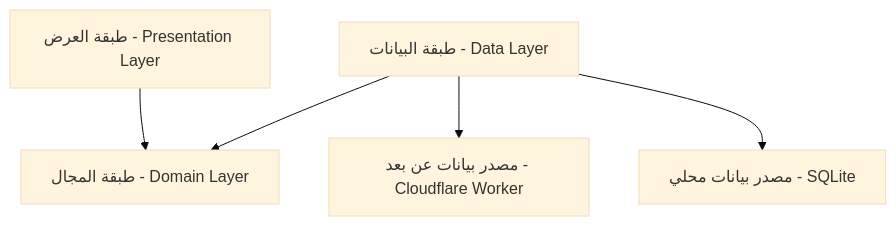
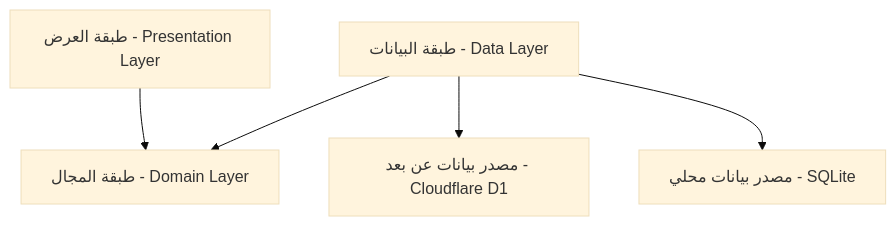
The diagram in memory-bank/systemPatterns.md (MLotfy88/MediSwitch-Final), drawn with Mermaid (base theme) before and after one commit. The commit also changed other lines of this file and 56 other files, not shown here.

````diff
--- a/memory-bank/systemPatterns.md
+++ b/memory-bank/systemPatterns.md
@@ -7,7 +7,7 @@
 ```mermaid
 graph TD
     UI[طبقة العرض - Presentation Layer] --> Domain[طبقة المجال - Domain Layer]
     Data[طبقة البيانات - Data Layer] --> Domain
-    Data --> Remote[مصدر بيانات عن بعد - Cloudflare Worker]
+    Data --> Remote[مصدر بيانات عن بعد - Cloudflare D1]
     Data --> Local[مصدر بيانات محلي - SQLite]
 ```
````
